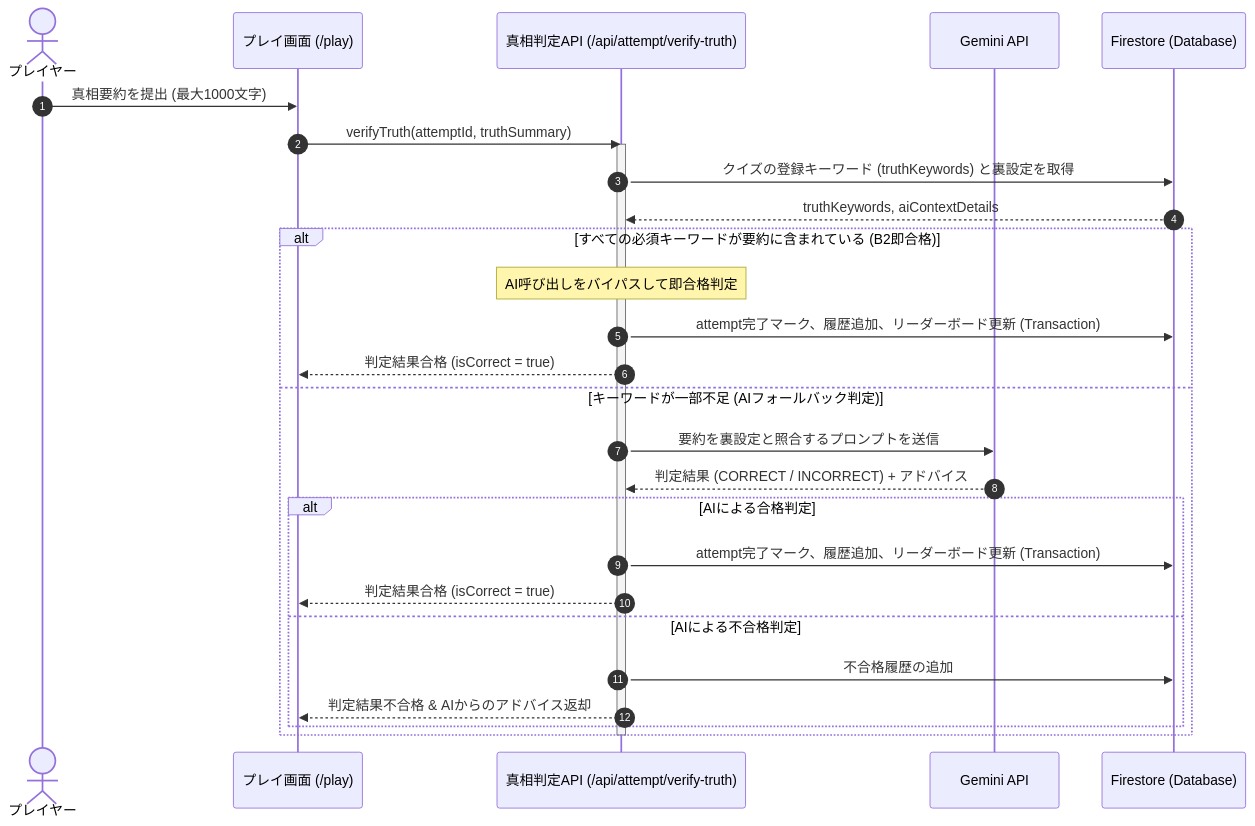
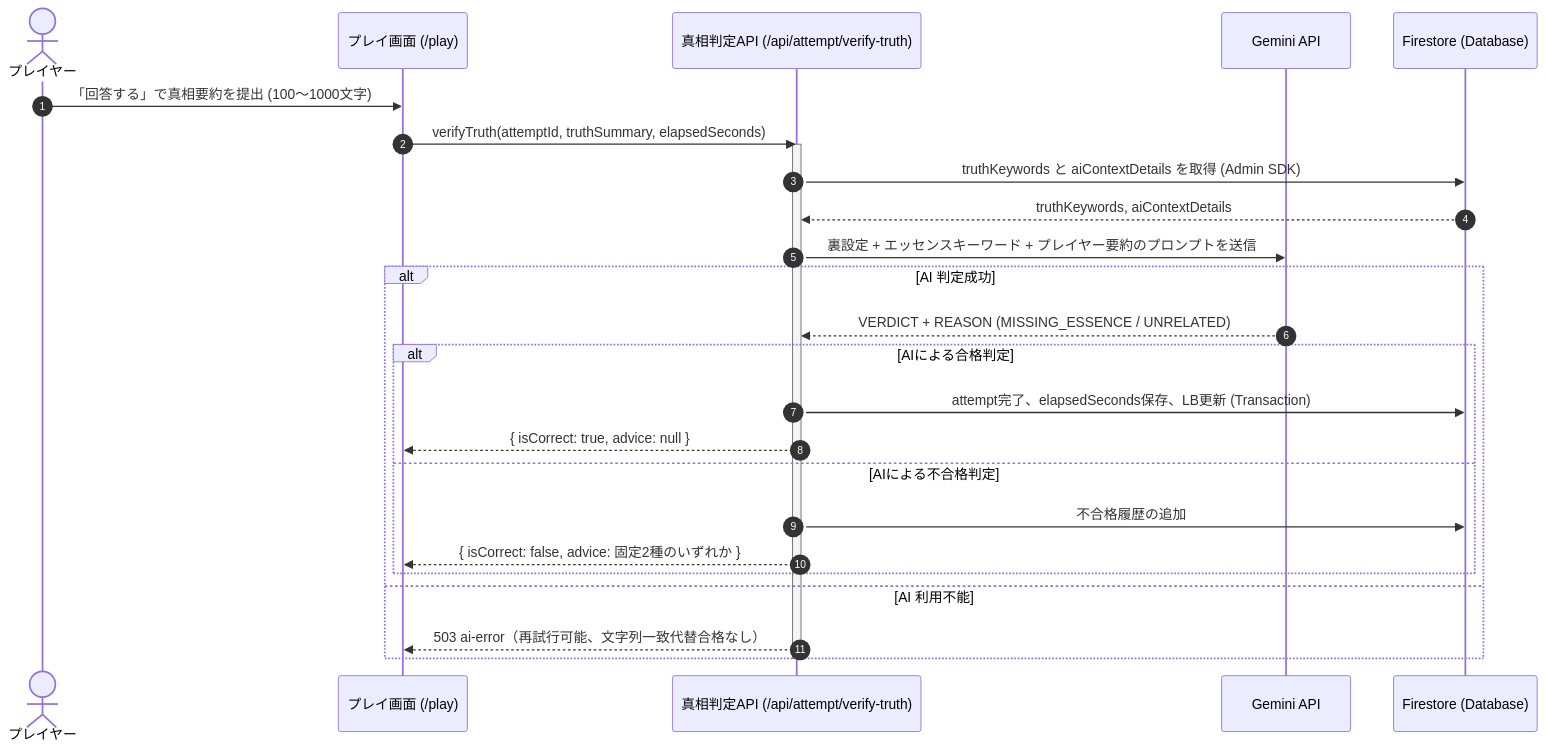
Before and after one commit to npressoworks/quizetika: the tenth of 19 diagrams in .kiro/specs/quizeum-core/design.md, drawn with Mermaid. The commit also changed other lines of this file and 17 other files, not shown here.

````diff
--- a/.kiro/specs/quizeum-core/design.md
+++ b/.kiro/specs/quizeum-core/design.md
@@ -453,32 +467,29 @@
 ```mermaid
 sequenceDiagram
     autonumber
     actor Player as プレイヤー
     participant Client as プレイ画面 (/play)
     participant API as 真相判定API (/api/attempt/verify-truth)
     participant AI as Gemini API
     participant DB as Firestore (Database)
 
-    Player->>Client: 真相要約を提出 (最大1000文字)
-    Client->>API: verifyTruth(attemptId, truthSummary)
+    Player->>Client: 「回答する」で真相要約を提出 (100〜1000文字)
+    Client->>API: verifyTruth(attemptId, truthSummary, elapsedSeconds)
     activate API
-    API->>DB: クイズの登録キーワード (truthKeywords) と裏設定を取得
+    API->>DB: truthKeywords と aiContextDetails を取得 (Admin SDK)
     DB-->>API: truthKeywords, aiContextDetails
-    
-    alt すべての必須キーワードが要約に含まれている (B2即合格)
-        Note over API: AI呼び出しをバイパスして即合格判定
-        API->>DB: attempt完了マーク、履歴追加、リーダーボード更新 (Transaction)
-        API-->>Client: 判定結果合格 (isCorrect = true)
-    else キーワードが一部不足 (AIフォールバック判定)
-        API->>AI: 要約を裏設定と照合するプロンプトを送信
-        AI-->>API: 判定結果 (CORRECT / INCORRECT) + アドバイス
+    API->>AI: 裏設定 + エッセンスキーワード + プレイヤー要約のプロンプトを送信
+    alt AI 判定成功
+        AI-->>API: VERDICT + REASON (MISSING_ESSENCE / UNRELATED)
         alt AIによる合格判定
-            API->>DB: attempt完了マーク、履歴追加、リーダーボード更新 (Transaction)
-            API-->>Client: 判定結果合格 (isCorrect = true)
+            API->>DB: attempt完了、elapsedSeconds保存、LB更新 (Transaction)
+            API-->>Client: { isCorrect: true, advice: null }
         else AIによる不合格判定
             API->>DB: 不合格履歴の追加
-            API-->>Client: 判定結果不合格 & AIからのアドバイス返却
+            API-->>Client: { isCorrect: false, advice: 固定2種のいずれか }
         end
+    else AI 利用不能
+        API-->>Client: 503 ai-error（再試行可能、文字列一致代替合格なし）
     end
     deactivate API
 ```
````
